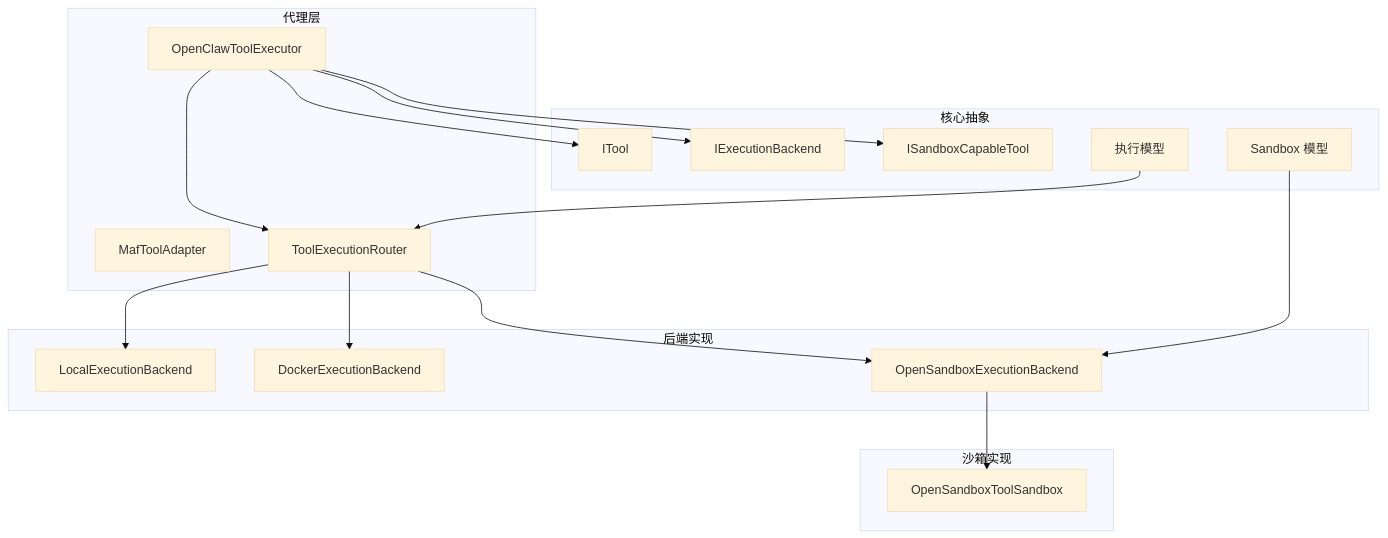
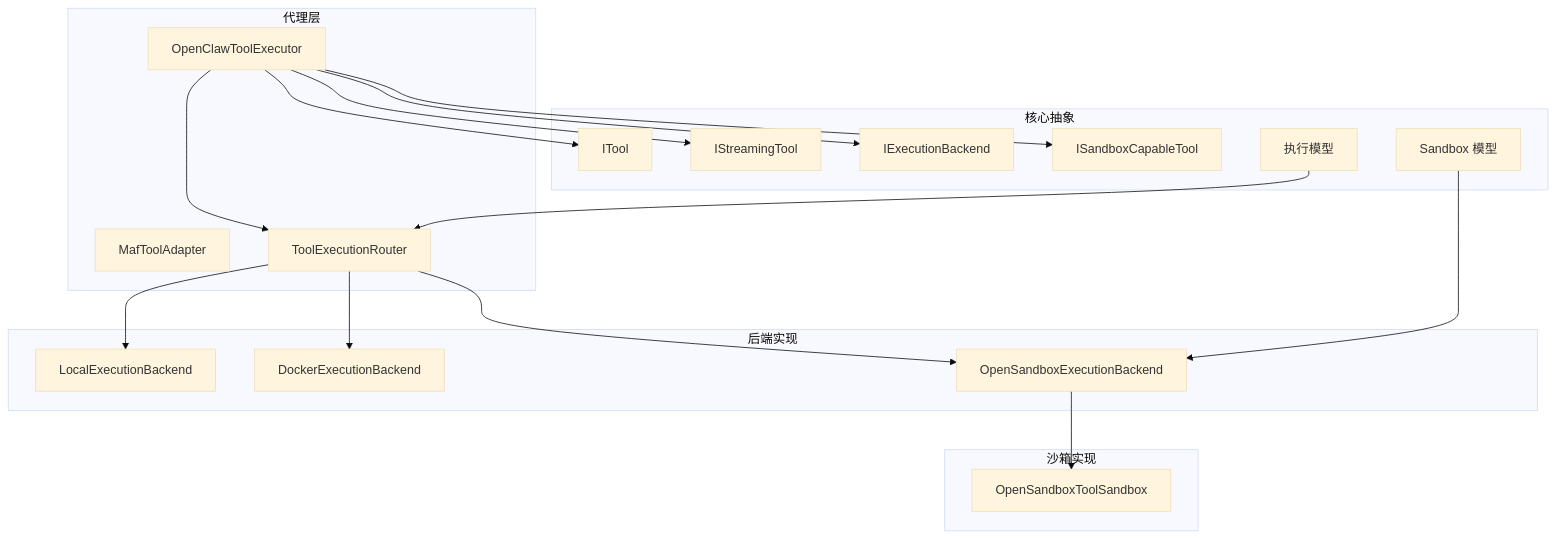
The first of 8 diagrams in .qoder/repowiki/zh/content/代理运行时/工具执行框架.md (wayyet/kingcrab), drawn with Mermaid (base theme) before and after one commit. The commit also changed other lines of this file and 2 other files, not shown here.

````diff
--- a/.qoder/repowiki/zh/content/代理运行时/工具执行框架.md
+++ b/.qoder/repowiki/zh/content/代理运行时/工具执行框架.md
@@ -53,33 +56,35 @@
 ```mermaid
 graph TB
 subgraph "代理层"
 executor["OpenClawToolExecutor"]
 adapter["MafToolAdapter"]
 router["ToolExecutionRouter"]
 end
 subgraph "核心抽象"
 itool["ITool"]
+istream["IStreamingTool"]
 iexec["IExecutionBackend"]
 isandbox["ISandboxCapableTool"]
 sbmodels["Sandbox 模型"]
 execmodels["执行模型"]
 end
 subgraph "后端实现"
 local["LocalExecutionBackend"]
 docker["DockerExecutionBackend"]
 opensbx["OpenSandboxExecutionBackend"]
 end
 subgraph "沙箱实现"
 osbx["OpenSandboxToolSandbox"]
 end
 executor --> router
 executor --> itool
+executor --> istream
 executor --> iexec
 executor --> isandbox
 router --> local
 router --> docker
 router --> opensbx
 opensbx --> osbx
 sbmodels --> opensbx
 execmodels --> router
 ```
````
